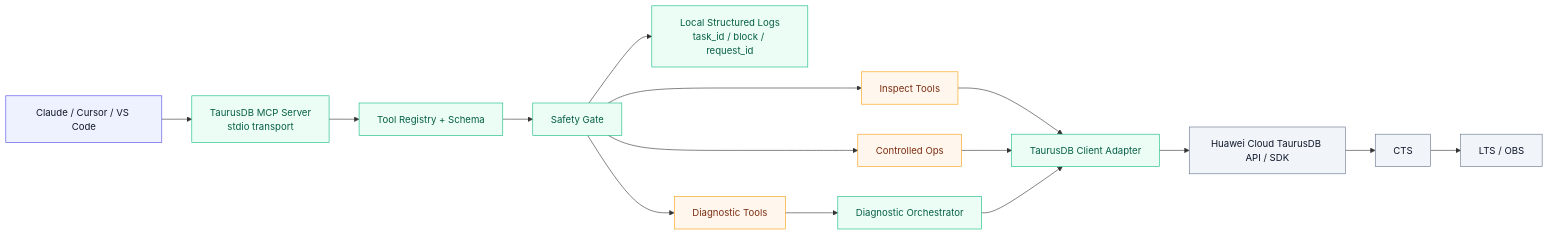
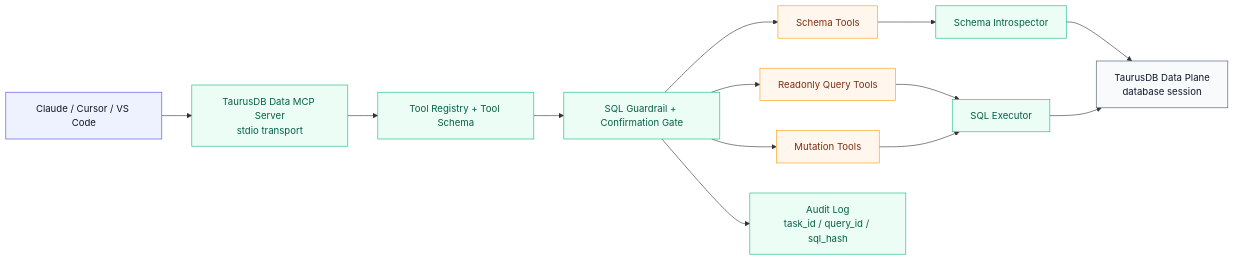
The diagram in docs/projects/taurus-mcp-server/requirements.md (youweichen0208/blog), drawn with Mermaid before and after one commit. The commit also changed other lines of this file and 6 other files, not shown here.

Commit message:
new changes for taurus mcp server

````diff
--- a/docs/projects/taurus-mcp-server/requirements.md
+++ b/docs/projects/taurus-mcp-server/requirements.md
@@ -171,22 +194,20 @@
 ```mermaid
 flowchart LR
   classDef client fill:#EEF2FF,stroke:#4F46E5,color:#111827;
   classDef core fill:#ECFDF5,stroke:#10B981,color:#065F46;
   classDef tool fill:#FFF7ED,stroke:#F59E0B,color:#7C2D12;
-  classDef cloud fill:#F1F5F9,stroke:#64748B,color:#0F172A;
+  classDef data fill:#F8FAFC,stroke:#475569,color:#0F172A;
 
-  C["Claude / Cursor / VS Code"]:::client --> S["TaurusDB MCP Server<br/>stdio transport"]:::core
-  S --> R["Tool Registry + Schema"]:::core
-  R --> G["Safety Gate"]:::core
-  G --> L["Local Structured Logs<br/>task_id / block / request_id"]:::core
-  G --> T1["Inspect Tools"]:::tool
-  G --> T2["Diagnostic Tools"]:::tool
-  G --> T3["Controlled Ops"]:::tool
-  T1 --> A["TaurusDB Client Adapter"]:::core
-  T2 --> D["Diagnostic Orchestrator"]:::core
-  T3 --> A
-  D --> A
-  A --> H["Huawei Cloud TaurusDB API / SDK"]:::cloud
-  H --> CTS["CTS"]:::cloud
-  CTS --> X["LTS / OBS"]:::cloud
+  C["Claude / Cursor / VS Code"]:::client --> S["TaurusDB Data MCP Server<br/>stdio transport"]:::core
+  S --> R["Tool Registry + Tool Schema"]:::core
+  R --> G["SQL Guardrail + Confirmation Gate"]:::core
+  G --> T1["Schema Tools"]:::tool
+  G --> T2["Readonly Query Tools"]:::tool
+  G --> T3["Mutation Tools"]:::tool
+  T1 --> I["Schema Introspector"]:::core
+  T2 --> E["SQL Executor"]:::core
+  T3 --> E
+  I --> D["TaurusDB Data Plane<br/>database session"]:::data
+  E --> D
+  G --> A["Audit Log<br/>task_id / query_id / sql_hash"]:::core
 ```
````
